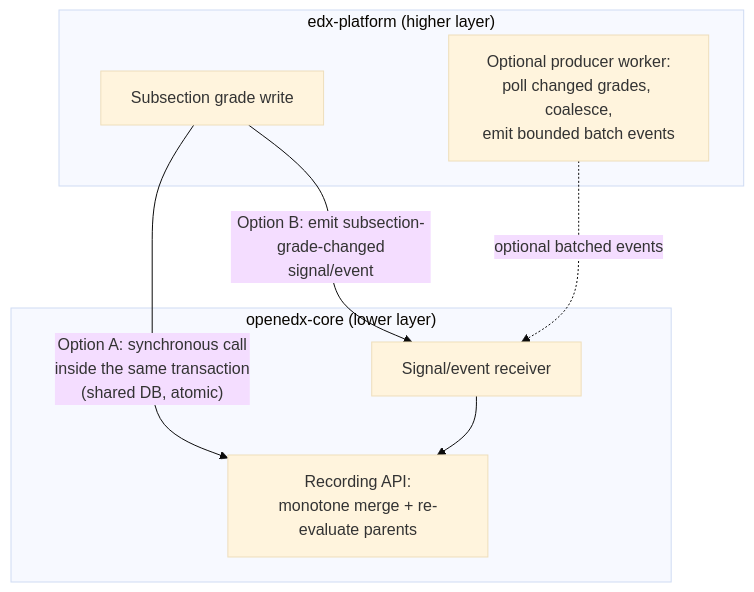
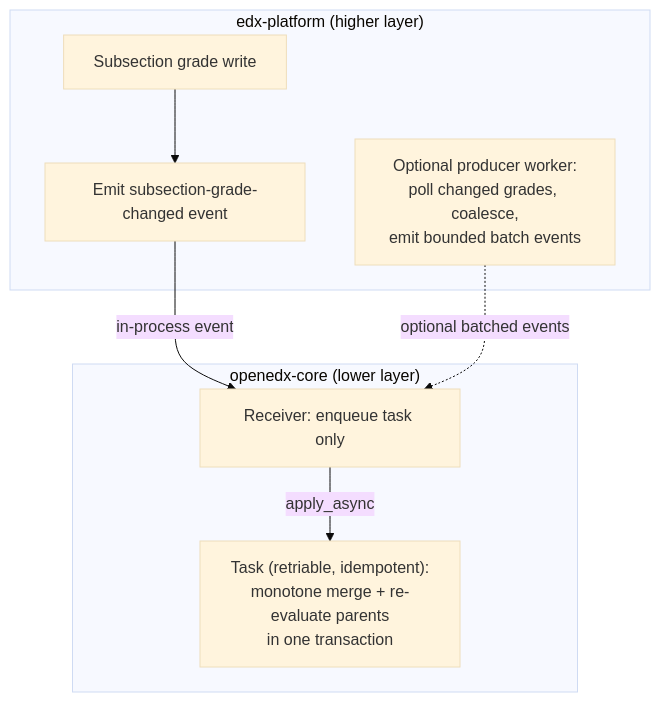
Before and after one commit to jesperhodge/openedx-core: the first of 3 diagrams in docs/openedx_learning/decisions/0004-competency-mastery-concurrency-diagrams.md, drawn with Mermaid (base theme). The commit also changed other lines of this file and 1 other file, not shown here.

````diff
--- a/docs/openedx_learning/decisions/0004-competency-mastery-concurrency-diagrams.md
+++ b/docs/openedx_learning/decisions/0004-competency-mastery-concurrency-diagrams.md
@@ -14,16 +14,17 @@
 ```mermaid
 flowchart TD
     subgraph EP["edx-platform (higher layer)"]
         GRADE["Subsection grade write"]
+        SIG["Emit subsection-grade-changed event"]
         PROD["Optional producer worker:<br/>poll changed grades, coalesce,<br/>emit bounded batch events"]
     end
     subgraph CORE["openedx-core (lower layer)"]
-        API["Recording API:<br/>monotone merge + re-evaluate parents"]
-        RCV["Signal/event receiver"]
+        RCV["Receiver: enqueue task only"]
+        TASK["Task (retriable, idempotent):<br/>monotone merge + re-evaluate parents<br/>in one transaction"]
     end
 
-    GRADE -->|"Option A: synchronous call<br/>inside the same transaction<br/>(shared DB, atomic)"| API
-    GRADE -->|"Option B: emit subsection-grade-changed<br/>signal/event"| RCV
+    GRADE --> SIG
+    SIG -->|"in-process event"| RCV
     PROD -.->|"optional batched events"| RCV
-    RCV --> API
+    RCV -->|"apply_async"| TASK
 ```
````
